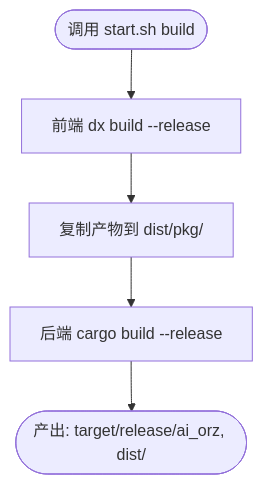
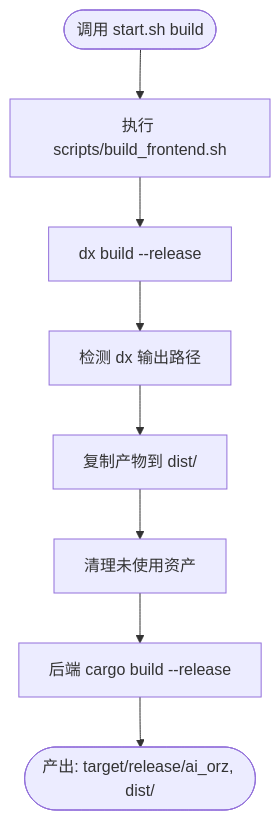
Before and after one commit to runningcoders/ai_orz: the fifth of 7 diagrams in .qoder/repowiki/zh/content/基础设施/持续集成与发布工作流.md, drawn with Mermaid. The commit also changed other lines of this file and 133 other files, not shown here.

````diff
--- a/.qoder/repowiki/zh/content/基础设施/持续集成与发布工作流.md
+++ b/.qoder/repowiki/zh/content/基础设施/持续集成与发布工作流.md
@@ -206,7 +244,10 @@
 ```mermaid
 flowchart TD
-Entry(["调用 start.sh build"]) --> FE["前端 dx build --release"]
-FE --> CopyFE["复制产物到 dist/pkg/"]
-CopyFE --> BE["后端 cargo build --release"]
+Entry(["调用 start.sh build"]) --> FE["执行 scripts/build_frontend.sh"]
+FE --> DX["dx build --release"]
+DX --> Detect["检测 dx 输出路径"]
+Detect --> Copy["复制产物到 dist/"]
+Copy --> Clean["清理未使用资产"]
+Clean --> BE["后端 cargo build --release"]
 BE --> Out(["产出: target/release/ai_orz, dist/"])
 ```
````
